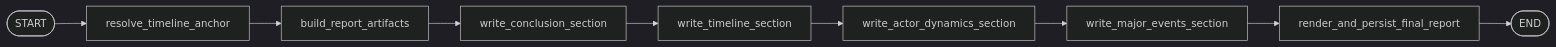
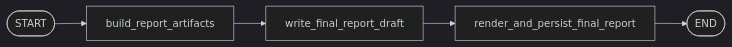
The diagram in docs/workflows/finalization.md (keonho-kim/simula), drawn with Mermaid (dark theme) before and after one commit. The commit also changed other lines of this file and 204 other files, not shown here.

````diff
--- a/docs/workflows/finalization.md
+++ b/docs/workflows/finalization.md
@@ -7,11 +7,7 @@
 ```mermaid
 flowchart LR
-    Start([START]) --> Anchor["resolve_timeline_anchor"]
-    Anchor --> Artifacts["build_report_artifacts"]
-    Artifacts --> Conclusion["write_conclusion_section"]
-    Conclusion --> Timeline["write_timeline_section"]
-    Timeline --> Dynamics["write_actor_dynamics_section"]
-    Dynamics --> Events["write_major_events_section"]
-    Events --> Render["render_and_persist_final_report"]
+    Start([START]) --> Artifacts["build_report_artifacts"]
+    Artifacts --> Draft["write_final_report_draft"]
+    Draft --> Render["render_and_persist_final_report"]
     Render --> End([END])
 ```
````
